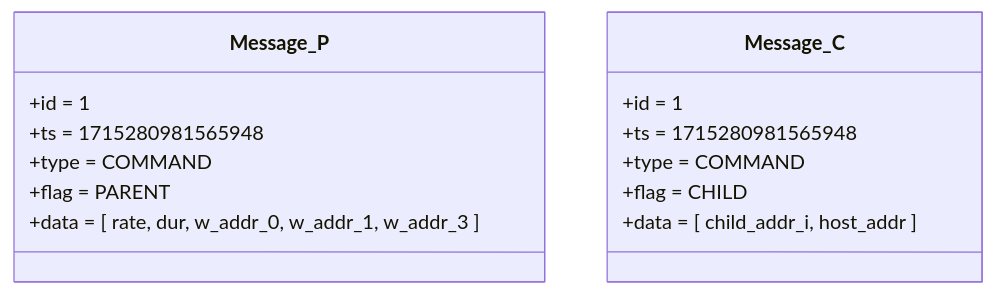
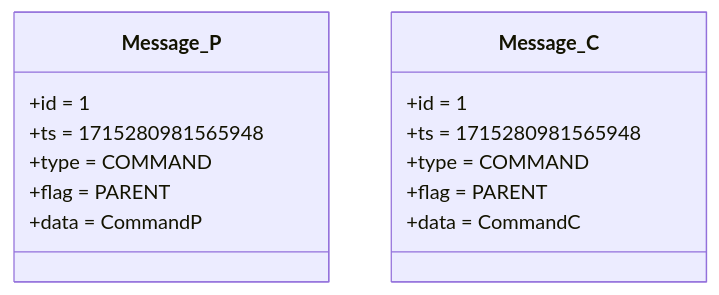
Before and after one commit to duclos-cavalcanti/TreeBuilder: the fourth of 6 diagrams in docs/slidev/slides/Workflow-2.0.md, drawn with Mermaid. The commit also changed other lines of this file and 12 other files, not shown here.

````diff
--- a/docs/slidev/slides/Workflow-2.0.md
+++ b/docs/slidev/slides/Workflow-2.0.md
@@ -120,20 +121,20 @@
 ```mermaid
 classDiagram
     class Message_P{
             +id   = 1
             +ts   = 1715280981565948
             +type = COMMAND
             +flag = PARENT
-            +data = [ rate, dur, w_addr_0, w_addr_1, w_addr_3 ]
+            +data = CommandP
     }
 
     class Message_C{
             +id   = 1
             +ts   = 1715280981565948
             +type = COMMAND
-            +flag = CHILD
-            +data = [ child_addr_i, host_addr ]
+            +flag = PARENT
+            +data = CommandC
     }
 
     %% style Message fill:#0070C0,color:#fff
 ```
````
